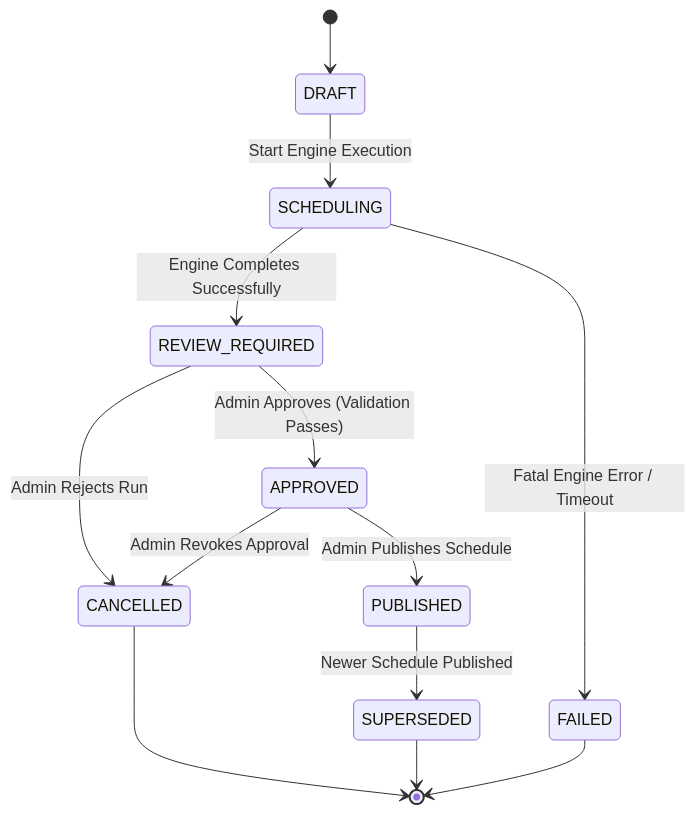
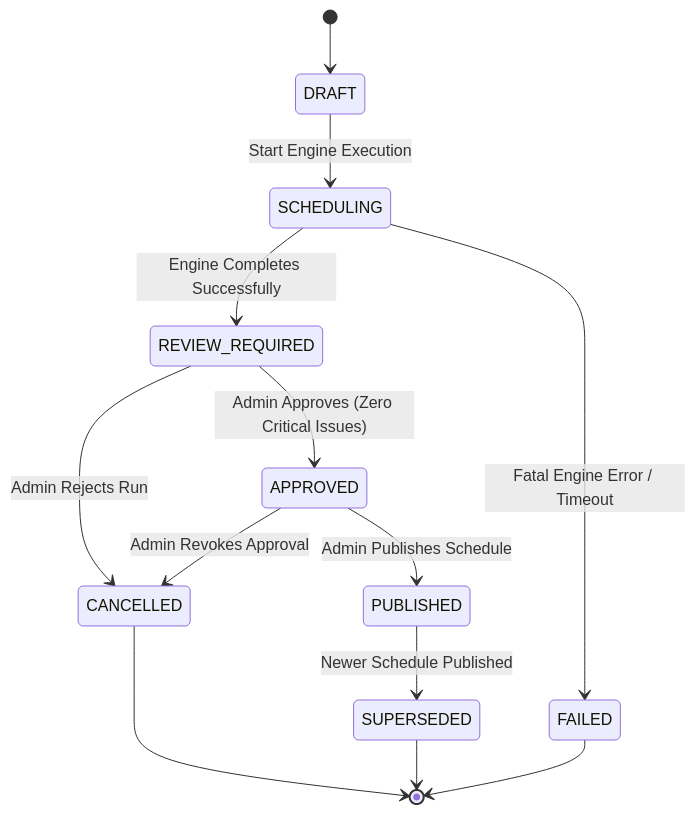
Before and after one commit to bogavivek15/ExamOps: the second of 2 diagrams in docs/business_rules.md, drawn with Mermaid. The commit also changed other lines of this file and 25 other files, not shown here.

Commit message:
feat(phase-0): finalize architecture contracts, reconcile 26 entities, and establish autopilot memory

````diff
--- a/docs/business_rules.md
+++ b/docs/business_rules.md
@@ -116,15 +138,15 @@
 ```mermaid
 stateDiagram-v2
     [*] --> DRAFT
     DRAFT --> SCHEDULING : Start Engine Execution
     SCHEDULING --> REVIEW_REQUIRED : Engine Completes Successfully
     SCHEDULING --> FAILED : Fatal Engine Error / Timeout
-    REVIEW_REQUIRED --> APPROVED : Admin Approves (Validation Passes)
+    REVIEW_REQUIRED --> APPROVED : Admin Approves (Zero Critical Issues)
     REVIEW_REQUIRED --> CANCELLED : Admin Rejects Run
     APPROVED --> PUBLISHED : Admin Publishes Schedule
     APPROVED --> CANCELLED : Admin Revokes Approval
     PUBLISHED --> SUPERSEDED : Newer Schedule Published
     CANCELLED --> [*]
     SUPERSEDED --> [*]
     FAILED --> [*]
 ```
````
